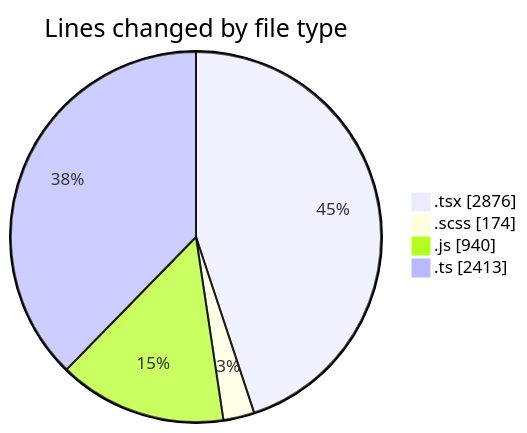
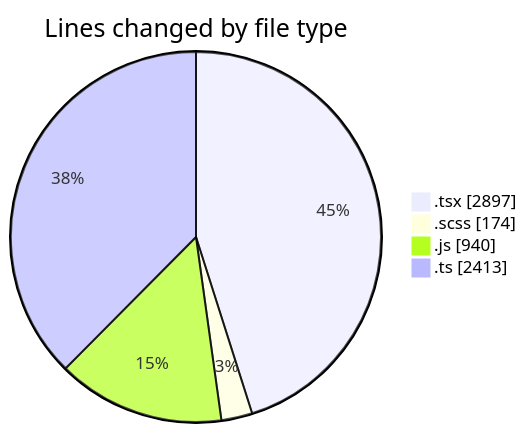
Before and after one commit to momahboobian/code-tracking: the first of 2 diagrams in 2026-07-15/cda/README.md, drawn with Mermaid. The commit also changed other lines of this file and 1 other file, not shown here.

````diff
--- a/2026-07-15/cda/README.md
+++ b/2026-07-15/cda/README.md
@@ -51,8 +51,8 @@
 ```mermaid
 pie showData
 title Lines changed by file type
-".tsx" : 2876
+".tsx" : 2897
 ".scss" : 174
 ".js" : 940
 ".ts" : 2413
 ```
````
